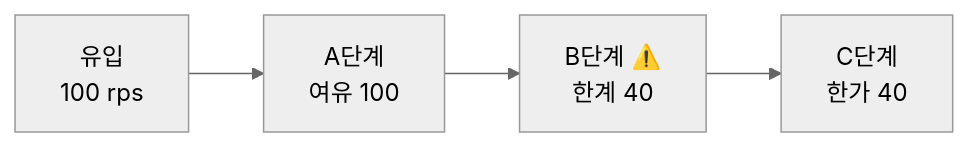
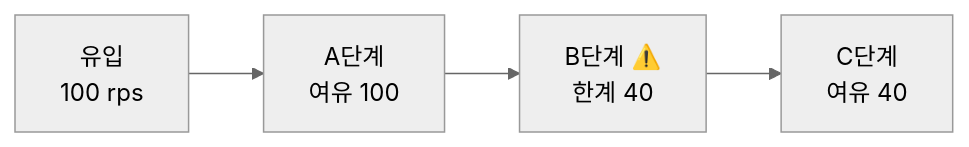
One commit to johnycho/johny-dev changed the second of 3 diagrams in blog/2026-08-12-server-monitoring-analysis.mdx. Above: the diagram before and after it, drawn with Mermaid (neutral theme). The commit also changed other lines of this file and 3 other files, not shown here.

````diff
--- a/blog/2026-08-12-server-monitoring-analysis.mdx
+++ b/blog/2026-08-12-server-monitoring-analysis.mdx
@@ -116,6 +116,6 @@
 ```mermaid
 flowchart LR
     IN["유입<br/>100 rps"] --> A["A단계<br/>여유 100"]
     A --> B["B단계 ⚠️<br/>한계 40"]
-    B --> C["C단계<br/>한가 40"]
+    B --> C["C단계<br/>여유 40"]
 ```
````
